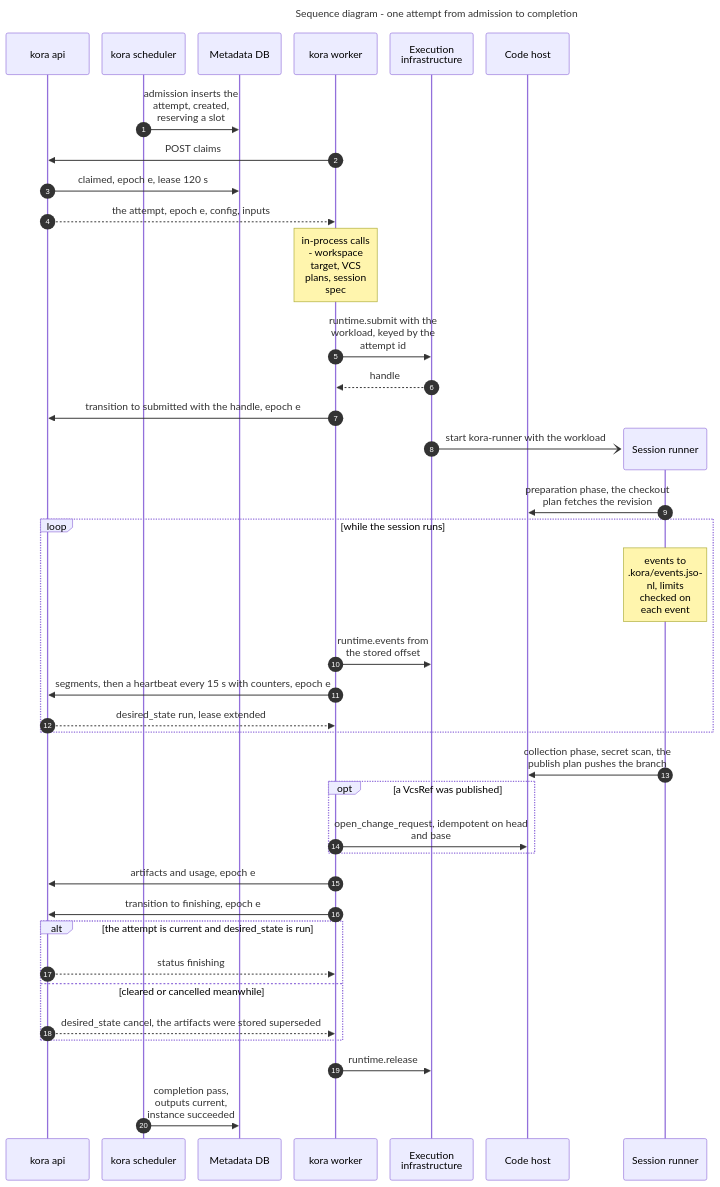
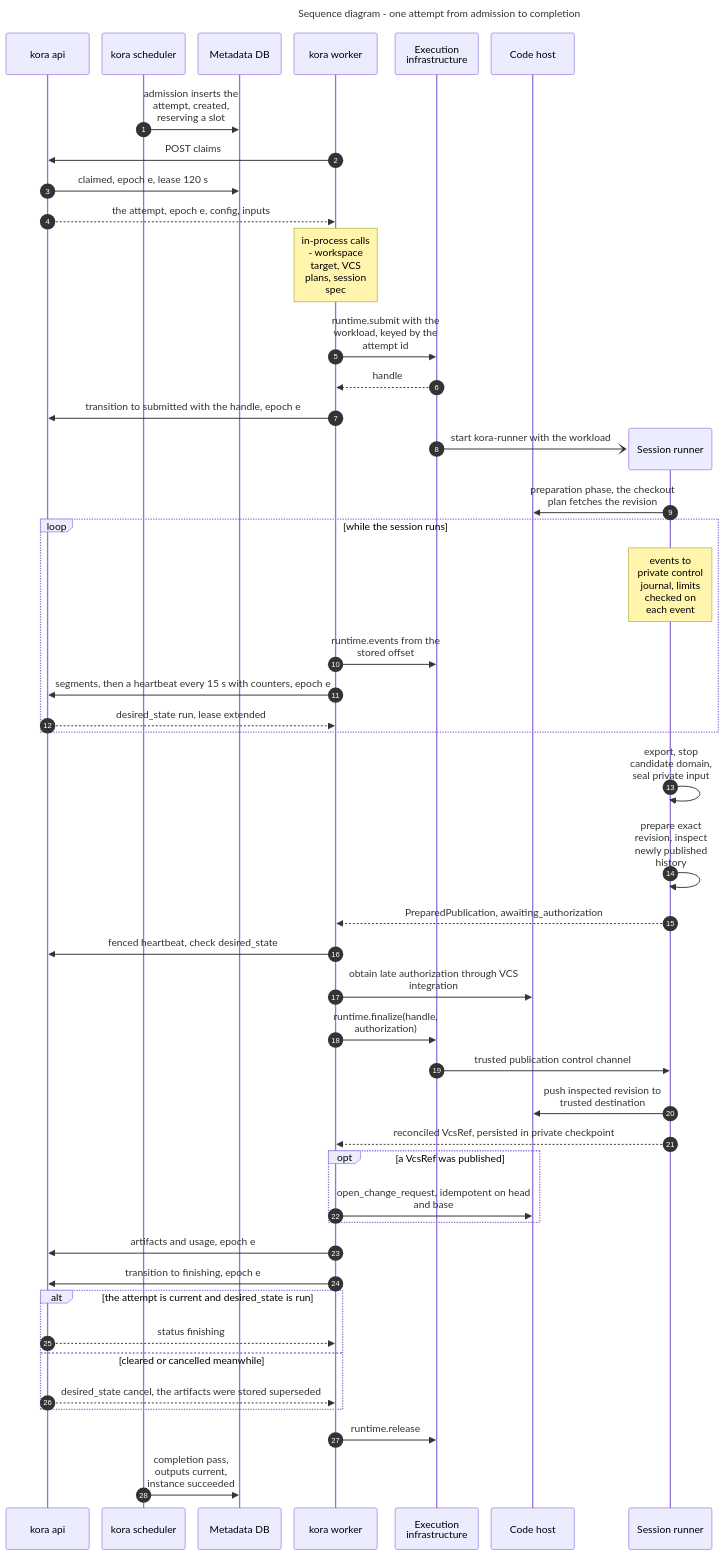
Diagram 11 of 24 in knowledge/architecture/internals.md (klukashka/kora), drawn with Mermaid before and after one commit. The commit also changed other lines of this file and 23 other files, not shown here.

Commit message:
docs: isolate lifecycle state and trusted publication (#58)

````diff
--- a/knowledge/architecture/internals.md
+++ b/knowledge/architecture/internals.md
@@ -642,51 +643,59 @@
 ```mermaid
 ---
 title: Sequence diagram - one attempt from admission to completion
 config:
   sequence:
     wrap: true
     width: 130
     actorMargin: 20
     messageMargin: 30
 ---
 sequenceDiagram
   accTitle: One attempt from admission to completion
-  accDescr: The scheduler inserts the attempt row. The worker claims it through the API with lease epoch e, prepares the plans and the session spec, submits the workload keyed by the attempt id and reports the handle. The execution infrastructure starts the session runner, which runs the checkout plan, the session and the publish plan while the worker tails events and heartbeats with epoch e. The worker opens the change request, uploads artifacts and usage and asks to move the attempt to finishing, which the API applies only while the attempt has result authority. The worker releases the workspace and the scheduler completes the attempt.
+  accDescr: The scheduler inserts the attempt row. The worker claims it through the API with lease epoch e, prepares the plans and the session spec, submits the workload keyed by the attempt id and reports the handle. The execution infrastructure starts the session runner, which prepares the workspace, launches candidate execution, stops and seals its result, and inspects an immutable revision while the worker tails events and heartbeats with epoch e. The worker obtains late authorization and calls finalize for publication in a separate trusted environment. The worker opens the change request, uploads artifacts and usage and asks to move the attempt to finishing, which the API applies only while the attempt has result authority. The worker releases the workspace and the scheduler completes the attempt.
   autonumber
   participant A as kora api
   participant S as kora scheduler
   participant D as Metadata DB
   participant W as kora worker
   participant RT as Execution infrastructure
   participant C as Code host
   S->>D: admission inserts the attempt, created, reserving a slot
   W->>A: POST claims
   A->>D: claimed, epoch e, lease 120 s
   A-->>W: the attempt, epoch e, config, inputs
   Note over W: in-process calls - workspace target, VCS plans, session spec
   W->>RT: runtime.submit with the workload, keyed by the attempt id
   RT-->>W: handle
   W->>A: transition to submitted with the handle, epoch e
   create participant R as Session runner
   RT-)R: start kora-runner with the workload
   R->>C: preparation phase, the checkout plan fetches the revision
   loop while the session runs
-    Note over R: events to .kora/events.jsonl, limits checked on each event
+    Note over R: events to private control journal, limits checked on each event
     W->>RT: runtime.events from the stored offset
     W->>A: segments, then a heartbeat every 15 s with counters, epoch e
     A-->>W: desired_state run, lease extended
   end
-  R->>C: collection phase, secret scan, the publish plan pushes the branch
+  R->>R: export, stop candidate domain, seal private input
+  R->>R: prepare exact revision, inspect newly published history
+  R-->>W: PreparedPublication, awaiting_authorization
+  W->>A: fenced heartbeat, check desired_state
+  W->>C: obtain late authorization through VCS integration
+  W->>RT: runtime.finalize(handle, authorization)
+  RT->>R: trusted publication control channel
+  R->>C: push inspected revision to trusted destination
+  R-->>W: reconciled VcsRef, persisted in private checkpoint
   opt a VcsRef was published
     W->>C: open_change_request, idempotent on head and base
   end
   W->>A: artifacts and usage, epoch e
   W->>A: transition to finishing, epoch e
   alt the attempt is current and desired_state is run
     A-->>W: status finishing
   else cleared or cancelled meanwhile
     A-->>W: desired_state cancel, the artifacts were stored superseded
   end
   W->>RT: runtime.release
   S->>D: completion pass, outputs current, instance succeeded
 ```
````
